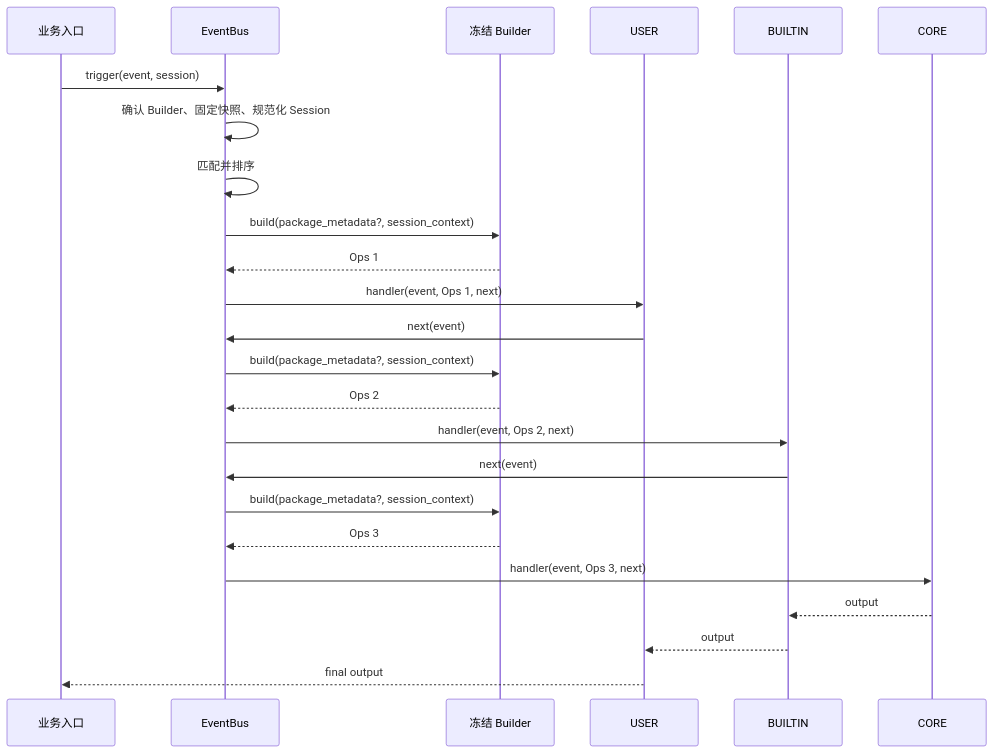
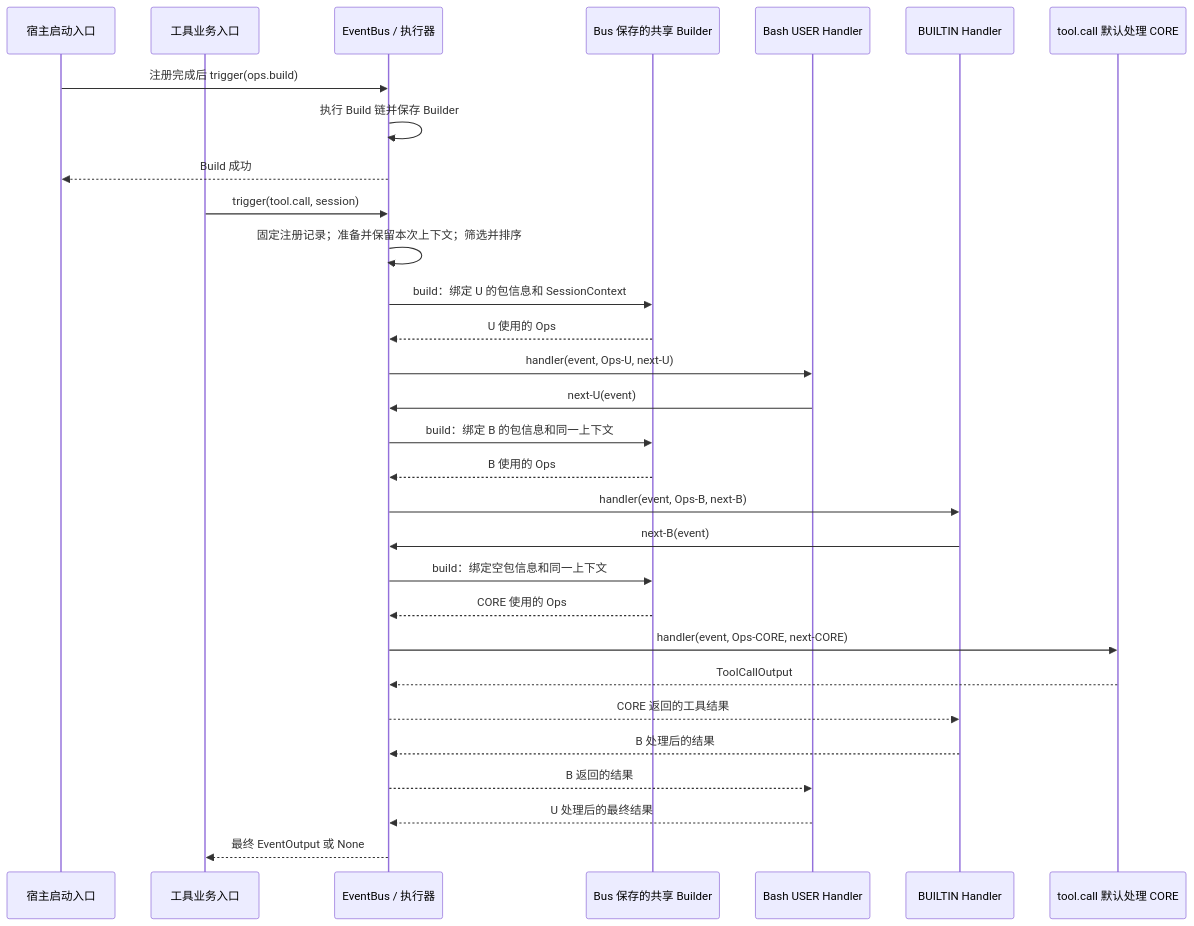
Before and after one commit to openJiuwen-ai/agent-core: the fourth of 7 diagrams in openjiuwen/core/events/docs/designs/events-architecture.md, drawn with Mermaid. The commit also changed other lines of this file and 24 other files, not shown here.

Commit message:
feat(events): add EventBus, Builder/Ops, and update architecture docs

````diff
--- a/openjiuwen/core/events/docs/designs/events-architecture.md
+++ b/openjiuwen/core/events/docs/designs/events-architecture.md
@@ -280,26 +607,32 @@
 ```mermaid
 sequenceDiagram
-    participant Biz as 业务入口
-    participant Bus as EventBus
-    participant Builder as 冻结 Builder
-    participant User as USER
-    participant Builtin as BUILTIN
-    participant Core as CORE
-    Biz->>Bus: trigger(event, session)
-    Bus->>Bus: 确认 Builder、固定快照、规范化 Session
-    Bus->>Bus: 匹配并排序
-    Bus->>Builder: build(package_metadata?, session_context)
-    Builder-->>Bus: Ops 1
-    Bus->>User: handler(event, Ops 1, next)
-    User->>Bus: next(event)
-    Bus->>Builder: build(package_metadata?, session_context)
-    Builder-->>Bus: Ops 2
-    Bus->>Builtin: handler(event, Ops 2, next)
-    Builtin->>Bus: next(event)
-    Bus->>Builder: build(package_metadata?, session_context)
-    Builder-->>Bus: Ops 3
-    Bus->>Core: handler(event, Ops 3, next)
-    Core-->>Builtin: output
-    Builtin-->>User: output
-    User-->>Biz: final output
+    participant Host as 宿主启动入口
+    participant Biz as 工具业务入口
+    participant Bus as EventBus / 执行器
+    participant Builder as Bus 保存的共享 Builder
+    participant U as Bash USER Handler
+    participant B as BUILTIN Handler
+    participant C as tool.call 默认处理 CORE
+    Host->>Bus: 注册完成后 trigger(ops.build)
+    Bus->>Bus: 执行 Build 链并保存 Builder
+    Bus-->>Host: Build 成功
+    Biz->>Bus: trigger(tool.call, session)
+    Bus->>Bus: 固定注册记录；准备并保留本次上下文；筛选并排序
+    Bus->>Builder: build：绑定 U 的包信息和 SessionContext
+    Builder-->>Bus: U 使用的 Ops
+    Bus->>U: handler(event, Ops-U, next-U)
+    U->>Bus: next-U(event)
+    Bus->>Builder: build：绑定 B 的包信息和同一上下文
+    Builder-->>Bus: B 使用的 Ops
+    Bus->>B: handler(event, Ops-B, next-B)
+    B->>Bus: next-B(event)
+    Bus->>Builder: build：绑定空包信息和同一上下文
+    Builder-->>Bus: CORE 使用的 Ops
+    Bus->>C: handler(event, Ops-CORE, next-CORE)
+    C-->>Bus: ToolCallOutput
+    Bus-->>B: CORE 返回的工具结果
+    B-->>Bus: B 处理后的结果
+    Bus-->>U: B 返回的结果
+    U-->>Bus: U 处理后的最终结果
+    Bus-->>Biz: 最终 EventOutput 或 None
 ```
````
